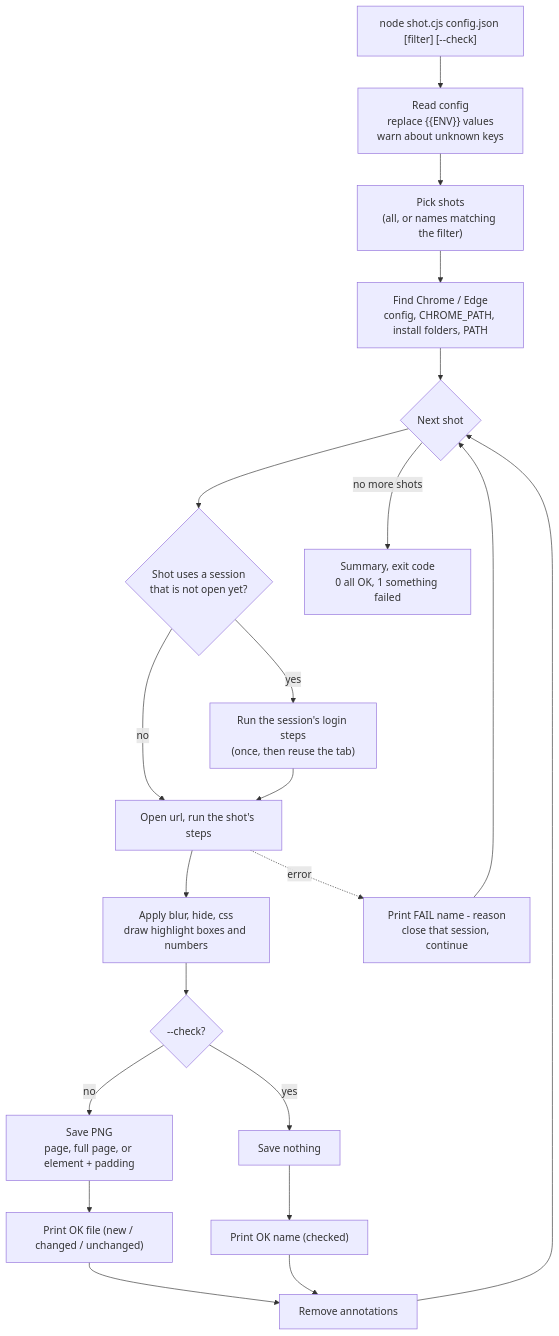
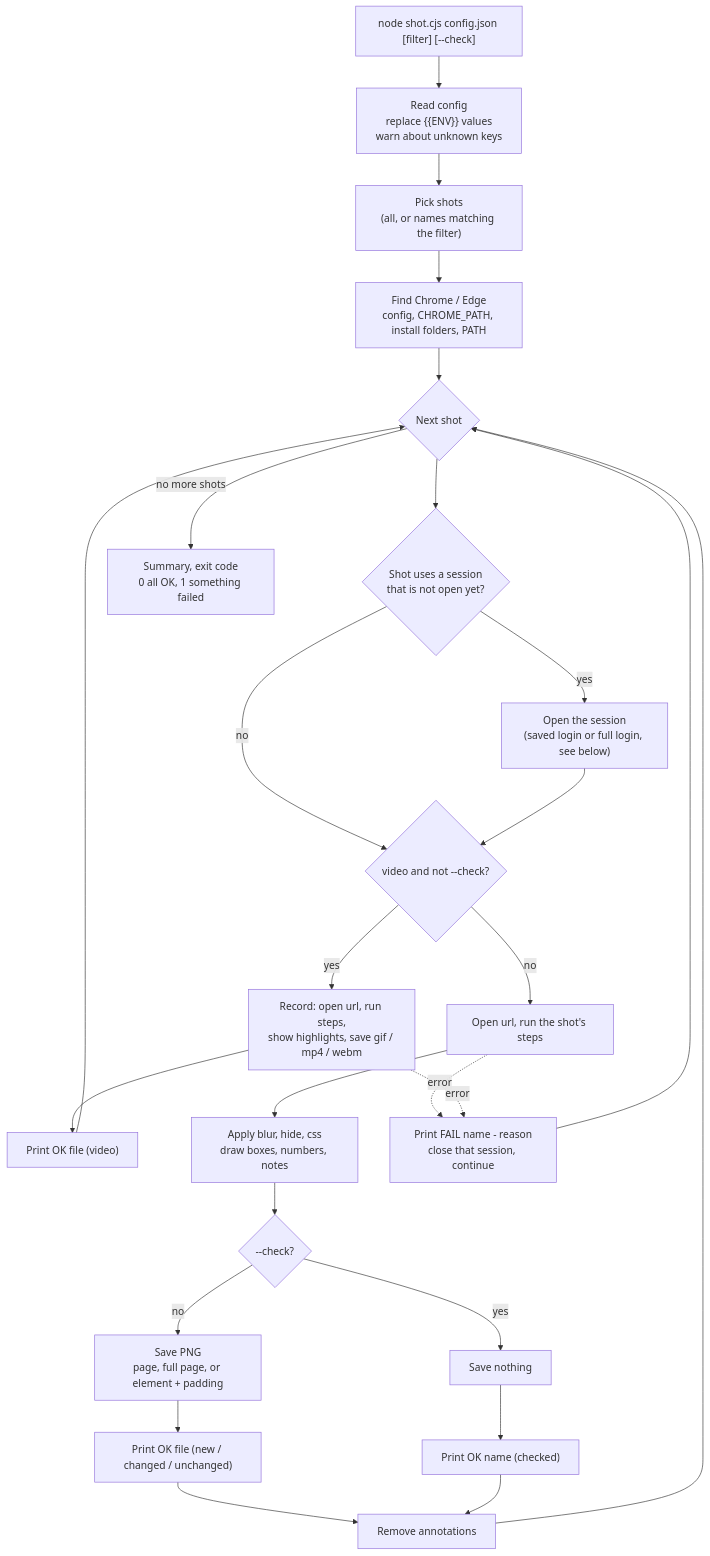
The first of 3 diagrams in docs/how-it-works/how-it-works.md (karsawave/gushot), drawn with Mermaid before and after one commit. The commit also changed other lines of this file and 4 other files, not shown here.

Commit message:
Docs: how-it-works diagrams for video and keepLogin; freshSession wording

````diff
--- a/docs/how-it-works/how-it-works.md
+++ b/docs/how-it-works/how-it-works.md
@@ -9,23 +9,28 @@
 ```mermaid
 flowchart TD
     A["node shot.cjs config.json [filter] [--check]"] --> B["Read config<br/>replace {{ENV}} values<br/>warn about unknown keys"]
     B --> C["Pick shots<br/>(all, or names matching the filter)"]
     C --> D["Find Chrome / Edge<br/>config, CHROME_PATH, install folders, PATH"]
     D --> E{"Next shot"}
     E --> F{"Shot uses a session<br/>that is not open yet?"}
-    F -- yes --> G["Run the session's login steps<br/>(once, then reuse the tab)"]
-    F -- no --> H
-    G --> H["Open url, run the shot's steps"]
-    H --> I["Apply blur, hide, css<br/>draw highlight boxes and numbers"]
+    F -- yes --> G["Open the session<br/>(saved login or full login, see below)"]
+    F -- no --> V
+    G --> V{"video and not --check?"}
+    V -- yes --> R["Record: open url, run steps,<br/>show highlights, save gif / mp4 / webm"]
+    R --> M3["Print OK file (video)"]
+    M3 --> E
+    V -- no --> H["Open url, run the shot's steps"]
+    H --> I["Apply blur, hide, css<br/>draw boxes, numbers, notes"]
     I --> J{"--check?"}
     J -- no --> K["Save PNG<br/>page, full page, or element + padding"]
     J -- yes --> L["Save nothing"]
     K --> M["Print OK file (new / changed / unchanged)"]
     L --> M2["Print OK name (checked)"]
     M --> N["Remove annotations"]
     M2 --> N
     N --> E
     H -. error .-> X["Print FAIL name - reason<br/>close that session, continue"]
+    R -. error .-> X
     X --> E
     E -- no more shots --> Z["Summary, exit code<br/>0 all OK, 1 something failed"]
 ```
````
